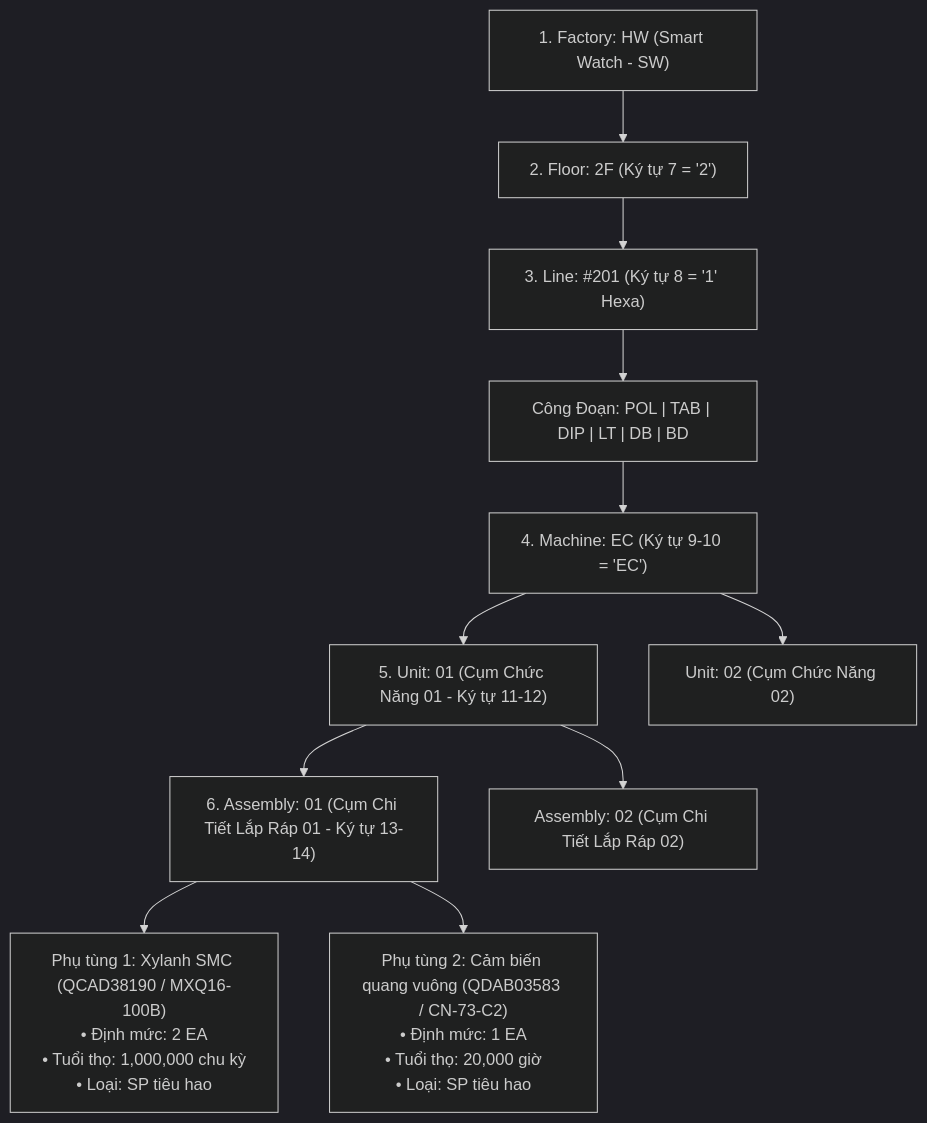
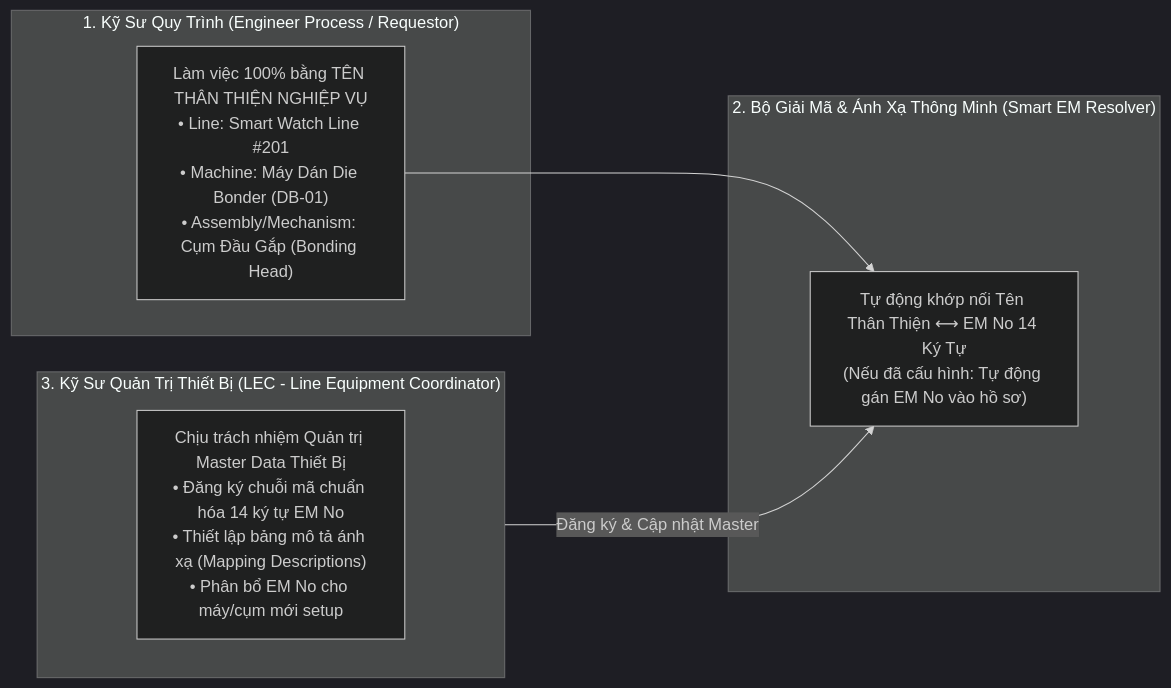
The first of 2 diagrams in procurement-system/01-master-data-and-ebom/02-ebom-structure-and-equipment-tree.md (longphamduc-vn/ops-workflow), drawn with Mermaid (dark theme) before and after one commit. The commit also changed other lines of this file and 27 other files, not shown here.

Commit message:
feat(procurement-system): comprehensive overhaul of role interfaces, ebom drag-drop, rfq exceptions, inter-entity transfer, and no-rollover budget

````diff
--- a/procurement-system/01-master-data-and-ebom/02-ebom-structure-and-equipment-tree.md
+++ b/procurement-system/01-master-data-and-ebom/02-ebom-structure-and-equipment-tree.md
@@ -43,17 +10,17 @@
 ```mermaid
-graph TD
-    Factory["1. Factory: HW (Smart Watch - SW)"]
-    Factory --> Floor["2. Floor: 2F (Ký tự 7 = '2')"]
-    Floor --> Line["3. Line: #201 (Ký tự 8 = '1' Hexa)"]
-    Line --> Process["Công Đoạn: POL | TAB | DIP | LT | DB | BD"]
-    Process --> Machine["4. Machine: EC (Ký tự 9-10 = 'EC')"]
-    
-    Machine --> Unit01["5. Unit: 01 (Cụm Chức Năng 01 - Ký tự 11-12)"]
-    Machine --> Unit02["Unit: 02 (Cụm Chức Năng 02)"]
-    
-    Unit01 --> Assy01["6. Assembly: 01 (Cụm Chi Tiết Lắp Ráp 01 - Ký tự 13-14)"]
-    Unit01 --> Assy02["Assembly: 02 (Cụm Chi Tiết Lắp Ráp 02)"]
-    
-    Assy01 --> PartA["Phụ tùng 1: Xylanh SMC (QCAD38190 / MXQ16-100B)\n• Định mức: 2 EA\n• Tuổi thọ: 1,000,000 chu kỳ\n• Loại: SP tiêu hao"]
-    Assy01 --> PartB["Phụ tùng 2: Cảm biến quang vuông (QDAB03583 / CN-73-C2)\n• Định mức: 1 EA\n• Tuổi thọ: 20,000 giờ\n• Loại: SP tiêu hao"]
+flowchart LR
+    subgraph RequestorRole["1. Kỹ Sư Quy Trình (Engineer Process / Requestor)"]
+        REQ_UI["Làm việc 100% bằng TÊN THÂN THIỆN NGHIỆP VỤ\n• Line: Smart Watch Line #201\n• Machine: Máy Dán Die Bonder (DB-01)\n• Assembly/Mechanism: Cụm Đầu Gắp (Bonding Head)"]
+    end
+
+    subgraph SystemLookup["2. Bộ Giải Mã & Ánh Xạ Thông Minh (Smart EM Resolver)"]
+        RESOLVE["Tự động khớp nối Tên Thân Thiện ⟷ EM No 14 Ký Tự\n(Nếu đã cấu hình: Tự động gán EM No vào hồ sơ)"]
+    end
+
+    subgraph LECRole["3. Kỹ Sư Quản Trị Thiết Bị (LEC - Line Equipment Coordinator)"]
+        LEC_UI["Chịu trách nhiệm Quản trị Master Data Thiết Bị\n• Đăng ký chuỗi mã chuẩn hóa 14 ký tự EM No\n• Thiết lập bảng mô tả ánh xạ (Mapping Descriptions)\n• Phân bổ EM No cho máy/cụm mới setup"]
+    end
+
+    REQ_UI --> RESOLVE
+    LECRole -->|Đăng ký & Cập nhật Master| RESOLVE
 ```
````
